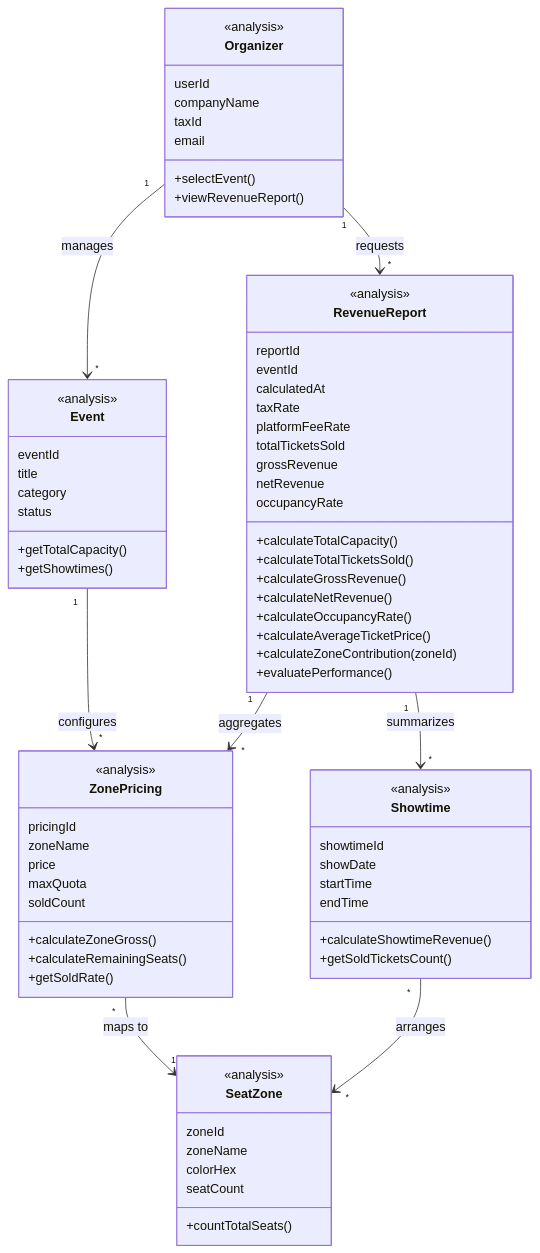
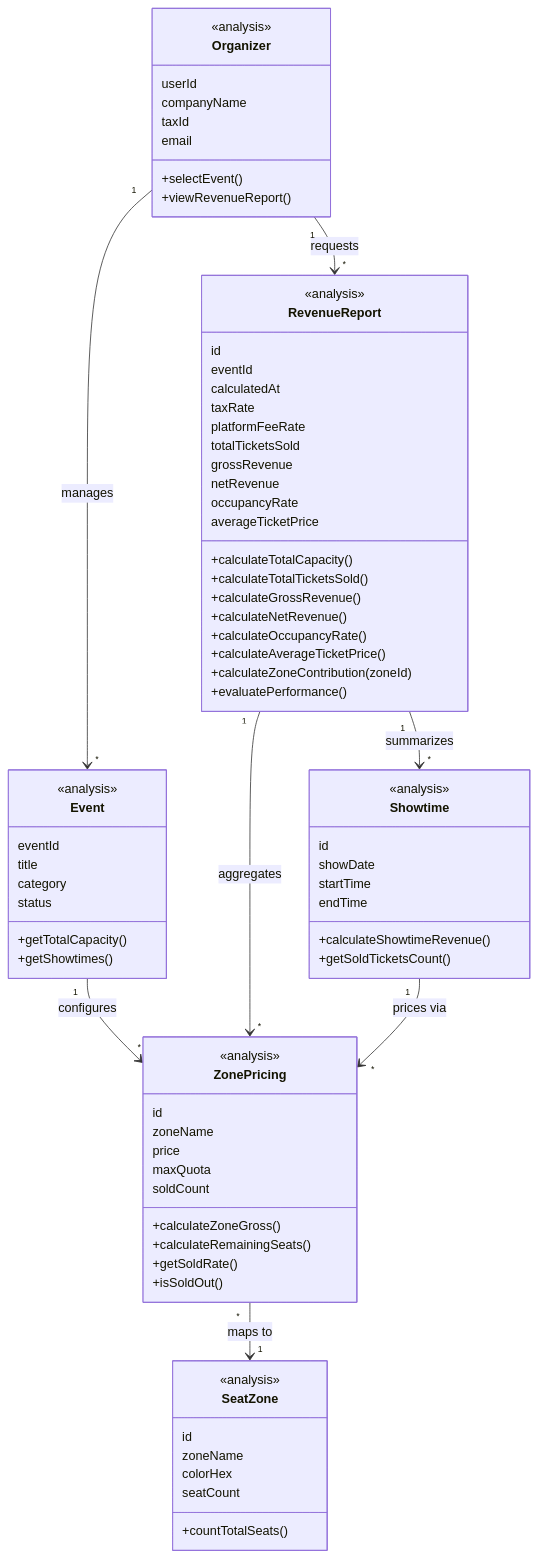
Before and after one commit to dragonite2631/PTTK: the eighth of 11 diagrams in BaoCao_KiemTra_PTTKHTTT.md, drawn with Mermaid. The commit also changed other lines of this file and 5 other files, not shown here.

````diff
--- a/BaoCao_KiemTra_PTTKHTTT.md
+++ b/BaoCao_KiemTra_PTTKHTTT.md
@@ -423,7 +423,7 @@
 
     class RevenueReport {
         <<analysis>>
-        reportId
+        id
         eventId
         calculatedAt
         taxRate
@@ -432,6 +432,7 @@
         grossRevenue
         netRevenue
         occupancyRate
+        averageTicketPrice
         +calculateTotalCapacity()
         +calculateTotalTicketsSold()
         +calculateGrossRevenue()
@@ -444,7 +445,7 @@
 
     class ZonePricing {
         <<analysis>>
-        pricingId
+        id
         zoneName
         price
         maxQuota
@@ -452,11 +453,12 @@
         +calculateZoneGross()
         +calculateRemainingSeats()
         +getSoldRate()
+        +isSoldOut()
     }
 
     class Showtime {
         <<analysis>>
-        showtimeId
+        id
         showDate
         startTime
         endTime
@@ -466,7 +468,7 @@
 
     class SeatZone {
         <<analysis>>
-        zoneId
+        id
         zoneName
         colorHex
         seatCount
@@ -479,5 +481,5 @@
     RevenueReport "1" --> "*" ZonePricing : aggregates
     RevenueReport "1" --> "*" Showtime : summarizes
     ZonePricing "*" --> "1" SeatZone : maps to
-    Showtime "*" --> "*" SeatZone : arranges
+    Showtime "1" --> "*" ZonePricing : prices via
 ```
````
